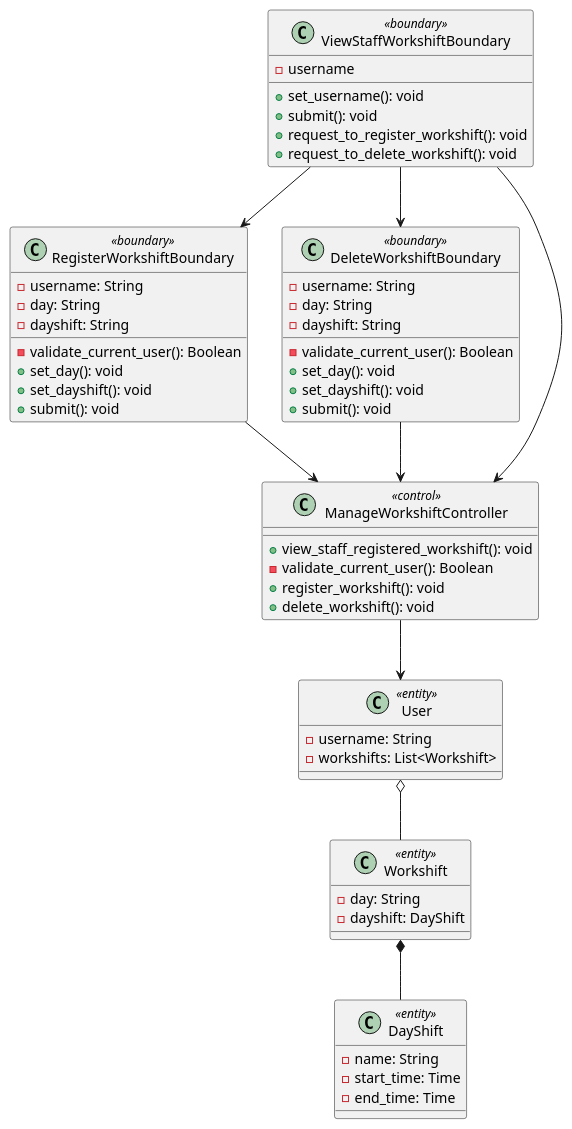
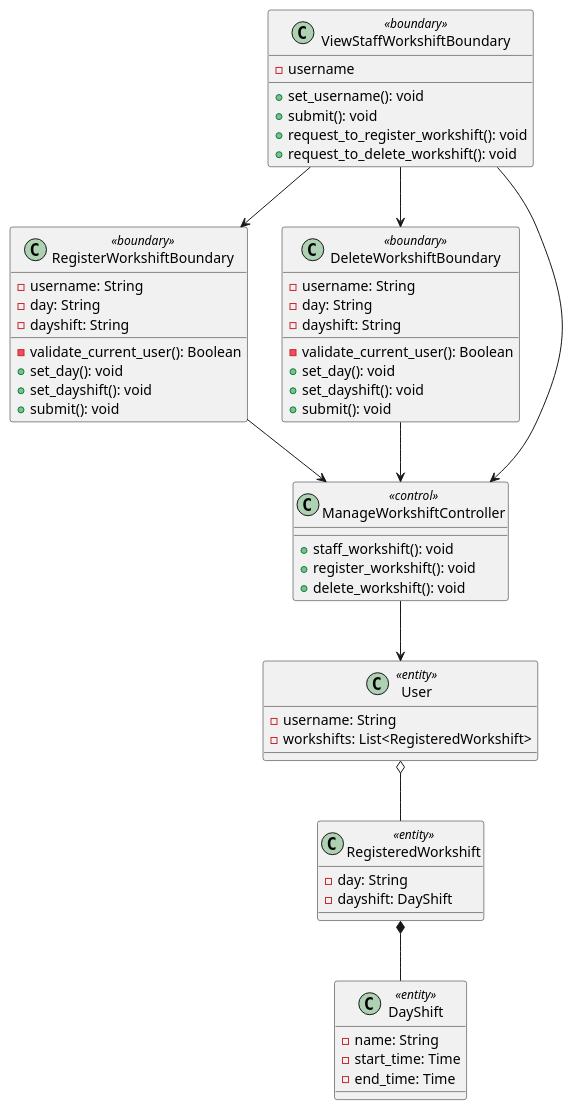
The diagram in docs/UML/Class Diagrams/view-staff-workshifts.pu (LapTQ/MCT), drawn with PlantUML before and after one commit. The commit also changed 10 other files, not shown here.

```diff
--- a/docs/UML/Class Diagrams/view-staff-workshifts.pu
+++ b/docs/UML/Class Diagrams/view-staff-workshifts.pu
@@ -1,67 +1,66 @@
 @startuml
 
 class ViewStaffWorkshiftBoundary <<boundary>> {
     - username
     
     + set_username(): void
     + submit(): void
     + request_to_register_workshift(): void
     + request_to_delete_workshift(): void
 }
 
 class RegisterWorkshiftBoundary <<boundary>> {
     - username: String
     - day: String
     - dayshift: String
 
     - validate_current_user(): Boolean
     + set_day(): void
     + set_dayshift(): void
     + submit(): void
 }
 
 class DeleteWorkshiftBoundary <<boundary>> {
     - username: String
     - day: String
     - dayshift: String
     
     - validate_current_user(): Boolean
     + set_day(): void
     + set_dayshift(): void
     + submit(): void
 }
 
 class ManageWorkshiftController <<control>> {
 
-    + view_staff_registered_workshift(): void
-    - validate_current_user(): Boolean
+    + staff_workshift(): void
     + register_workshift(): void
     + delete_workshift(): void
 }
 
 class User <<entity>> {
     - username: String
-    - workshifts: List<Workshift>
+    - workshifts: List<RegisteredWorkshift>
 }
 
-class Workshift <<entity>> {
+class RegisteredWorkshift <<entity>> {
     - day: String
     - dayshift: DayShift
 }
 
 class DayShift <<entity>> {
     - name: String
     - start_time: Time
     - end_time: Time
 }
 
 ViewStaffWorkshiftBoundary --> ManageWorkshiftController
 ViewStaffWorkshiftBoundary --> RegisterWorkshiftBoundary
 ViewStaffWorkshiftBoundary --> DeleteWorkshiftBoundary
 RegisterWorkshiftBoundary --> ManageWorkshiftController
 DeleteWorkshiftBoundary --> ManageWorkshiftController
 ManageWorkshiftController --> User
-User o-- Workshift
-Workshift *-- DayShift
+User o-- RegisteredWorkshift
+RegisteredWorkshift *-- DayShift
 
 @enduml
```
